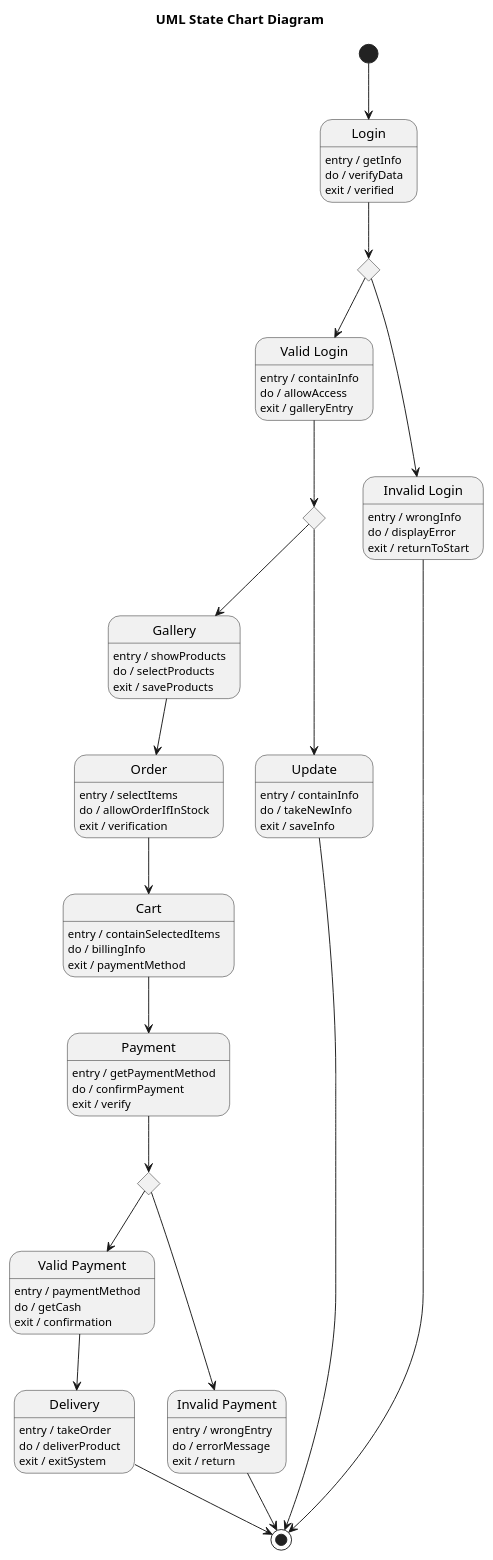
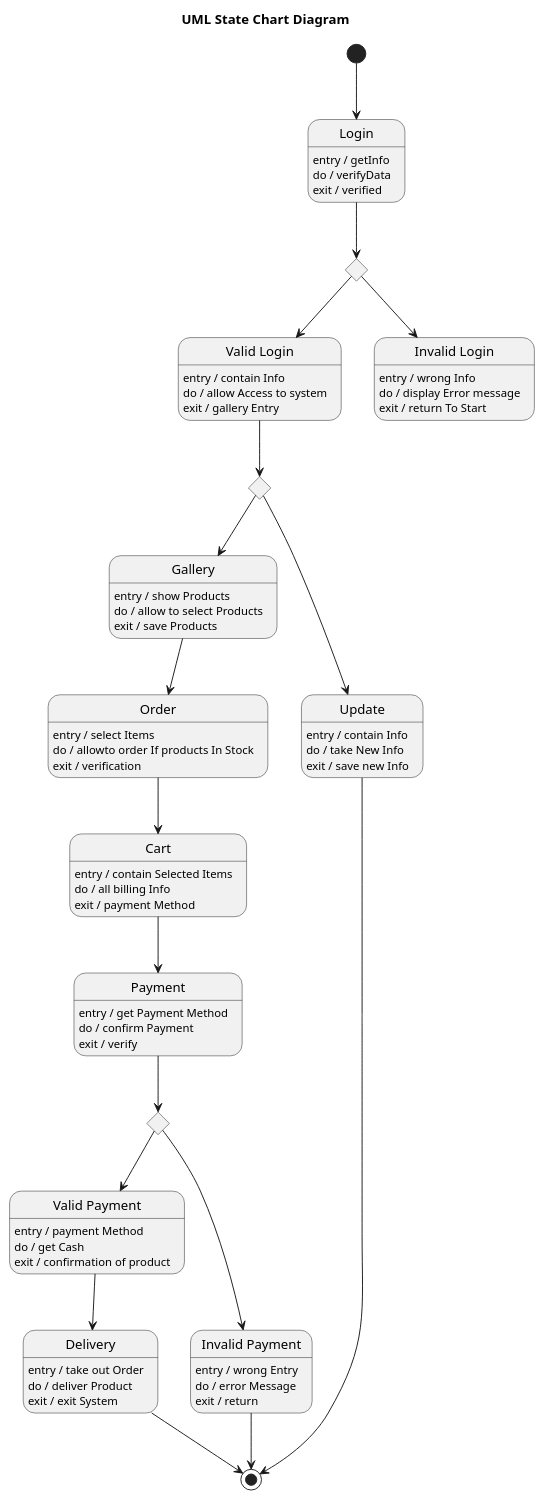
Before and after one commit to maimunafaria/State_transition_Diagram_generated_by_LLM: the diagram in dataset/case_33_art_gallery_mananement_system/diagram.puml, drawn with PlantUML. The commit also changed 32 other files, not shown here.

Commit message:
plantuml diagram validated

```diff
--- a/dataset/case_33_art_gallery_mananement_system/diagram.puml
+++ b/dataset/case_33_art_gallery_mananement_system/diagram.puml
@@ -1,104 +1,93 @@
 @startuml
 title UML State Chart Diagram
 
-'========================
-' Start
-'========================
+
 [*] --> Login
 
 state Login
 Login : entry / getInfo
 Login : do / verifyData
 Login : exit / verified
 
 state LoginDecision <<choice>>
 Login --> LoginDecision
 
 state "Valid Login" as ValidLogin
-ValidLogin : entry / containInfo
-ValidLogin : do / allowAccess
-ValidLogin : exit / galleryEntry
+ValidLogin : entry / contain Info
+ValidLogin : do / allow Access to system
+ValidLogin : exit / gallery Entry
 
 state "Invalid Login" as InvalidLogin
-InvalidLogin : entry / wrongInfo
-InvalidLogin : do / displayError
-InvalidLogin : exit / returnToStart
+InvalidLogin : entry / wrong Info
+InvalidLogin : do / display Error message
+InvalidLogin : exit / return To Start
 
 LoginDecision --> ValidLogin
 LoginDecision --> InvalidLogin
 
-'========================
-' After valid login
-'========================
 state NavChoice <<choice>>
 ValidLogin --> NavChoice
 
 state Gallery
-Gallery : entry / showProducts
-Gallery : do / selectProducts
-Gallery : exit / saveProducts
+Gallery : entry / show Products
+Gallery : do / allow to select Products
+Gallery : exit / save Products
 
 state Update
-Update : entry / containInfo
-Update : do / takeNewInfo
-Update : exit / saveInfo
+Update : entry / contain Info
+Update : do / take New Info
+Update : exit / save new Info
 
 NavChoice --> Gallery
 NavChoice --> Update
 
 Update --> [*]
 
-'========================
-' Shopping flow
-'========================
 state Order
-Order : entry / selectItems
-Order : do / allowOrderIfInStock
+Order : entry / select Items
+Order : do / allowto order If products In Stock
 Order : exit / verification
 
 state Cart
-Cart : entry / containSelectedItems
-Cart : do / billingInfo
-Cart : exit / paymentMethod
+Cart : entry / contain Selected Items
+Cart : do / all billing Info
+Cart : exit / payment Method
 
 Gallery --> Order
 Order --> Cart
 
 state Payment
-Payment : entry / getPaymentMethod
-Payment : do / confirmPayment
+Payment : entry / get Payment Method
+Payment : do / confirm Payment
 Payment : exit / verify
 
 Cart --> Payment
 
 state PayDecision <<choice>>
 Payment --> PayDecision
 
 state "Valid Payment" as ValidPayment
-ValidPayment : entry / paymentMethod
-ValidPayment : do / getCash
-ValidPayment : exit / confirmation
+ValidPayment : entry / payment Method
+ValidPayment : do / get Cash
+ValidPayment : exit / confirmation of product
 
 state "Invalid Payment" as InvalidPayment
-InvalidPayment : entry / wrongEntry
-InvalidPayment : do / errorMessage
+InvalidPayment : entry / wrong Entry
+InvalidPayment : do / error Message
 InvalidPayment : exit / return
 
 PayDecision --> ValidPayment
 PayDecision --> InvalidPayment
 
-'========================
-' Delivery
-'========================
+
 state Delivery
-Delivery : entry / takeOrder
-Delivery : do / deliverProduct
-Delivery : exit / exitSystem
+Delivery : entry / take out Order
+Delivery : do / deliver Product
+Delivery : exit / exit System
 
 ValidPayment --> Delivery
 Delivery --> [*]
 
 InvalidPayment --> [*]
-InvalidLogin --> [*]
 
 @enduml
```
